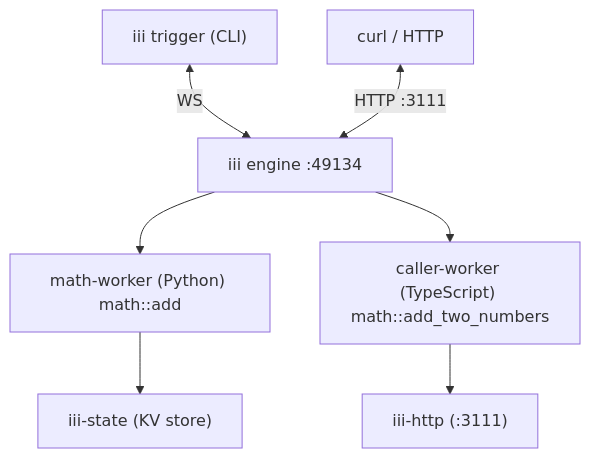
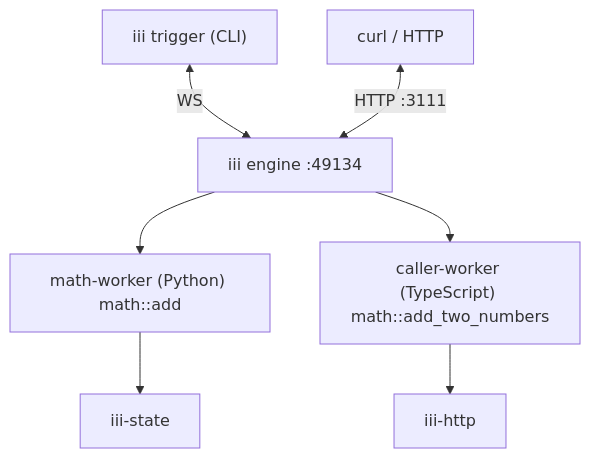
The diagram in docs/quickstart.mdx (iii-hq/iii), drawn with Mermaid before and after one commit.

Commit message:
nit: architecture diagram

````diff
--- a/docs/quickstart.mdx
+++ b/docs/quickstart.mdx
@@ -297,11 +297,11 @@
 ```mermaid
 graph TD
   CLI["iii trigger (CLI)"] <-->|WS| Engine["iii engine :49134"]
   HTTP["curl / HTTP"] <-->|HTTP :3111| Engine
 
   Engine --> Math["math-worker (Python) math::add"]
   Engine --> Caller["caller-worker (TypeScript) math::add_two_numbers"]
 
-  Math --> State["iii-state (KV store)"]
-  Caller --> HttpWorker["iii-http (:3111)"]
+  Math --> State["iii-state"]
+  Caller --> HttpWorker["iii-http"]
 ```
````
